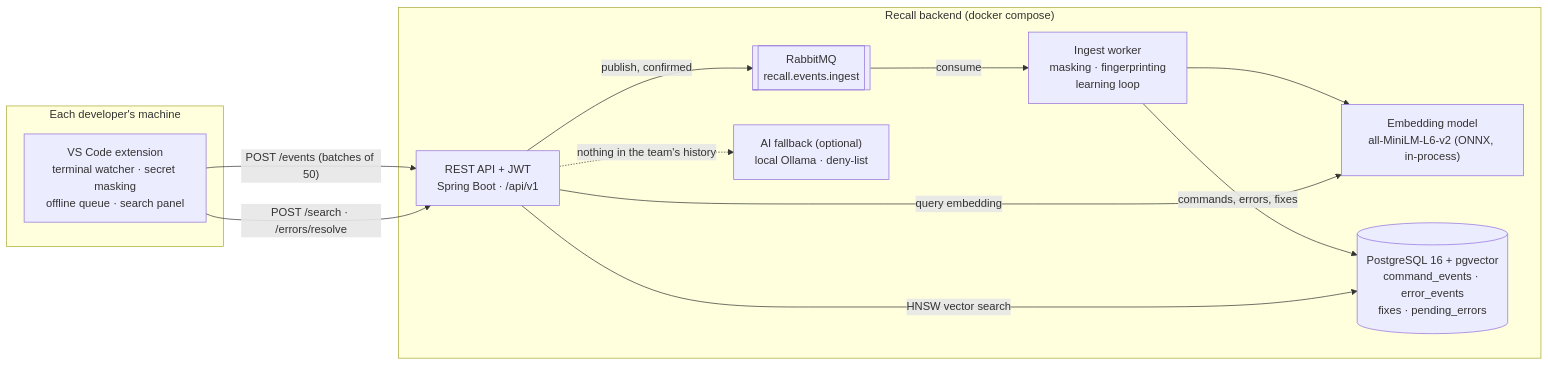
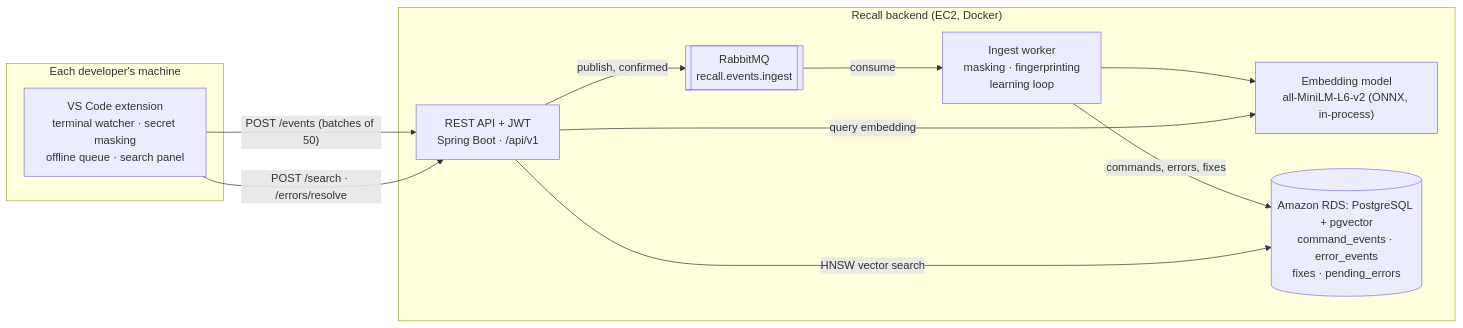
Before and after one commit to bhargavchetanya/Recall-cloud-: the first of 3 diagrams in docs/ARCHITECTURE.md, drawn with Mermaid. The commit also changed other lines of this file and 60 other files, not shown here.

First line of the commit message:
Keep only the AWS version: remove local setup, AI fallback and old docs

````diff
--- a/docs/ARCHITECTURE.md
+++ b/docs/ARCHITECTURE.md
@@ -7,25 +7,23 @@
 ```mermaid
 flowchart LR
     subgraph dev["Each developer's machine"]
         vsc["VS Code extension<br/>terminal watcher · secret masking<br/>offline queue · search panel"]
     end
 
-    subgraph server["Recall backend (docker compose)"]
+    subgraph server["Recall backend (EC2, Docker)"]
         api["REST API + JWT<br/>Spring Boot · /api/v1"]
         mq[["RabbitMQ<br/>recall.events.ingest"]]
         worker["Ingest worker<br/>masking · fingerprinting<br/>learning loop"]
         emb["Embedding model<br/>all-MiniLM-L6-v2 (ONNX, in-process)"]
-        db[("PostgreSQL 16 + pgvector<br/>command_events · error_events<br/>fixes · pending_errors")]
-        ai["AI fallback (optional)<br/>local Ollama · deny-list"]
+        db[("Amazon RDS: PostgreSQL + pgvector<br/>command_events · error_events<br/>fixes · pending_errors")]
     end
 
     vsc -- "POST /events (batches of 50)" --> api
     vsc -- "POST /search · /errors/resolve" --> api
     api -- "publish, confirmed" --> mq
     mq -- consume --> worker
     worker --> emb
     worker -- "commands, errors, fixes" --> db
     api -- "query embedding" --> emb
     api -- "HNSW vector search" --> db
-    api -. "nothing in the team's history" .-> ai
 ```
````
